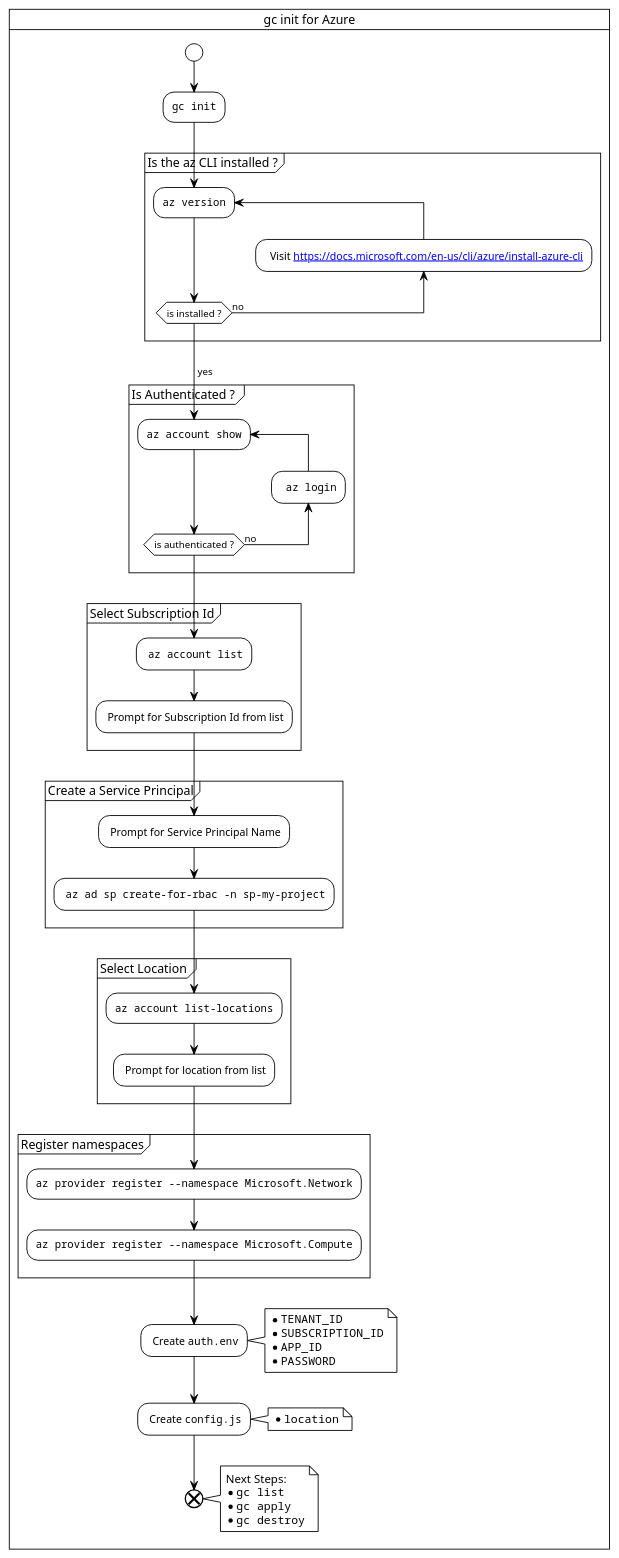
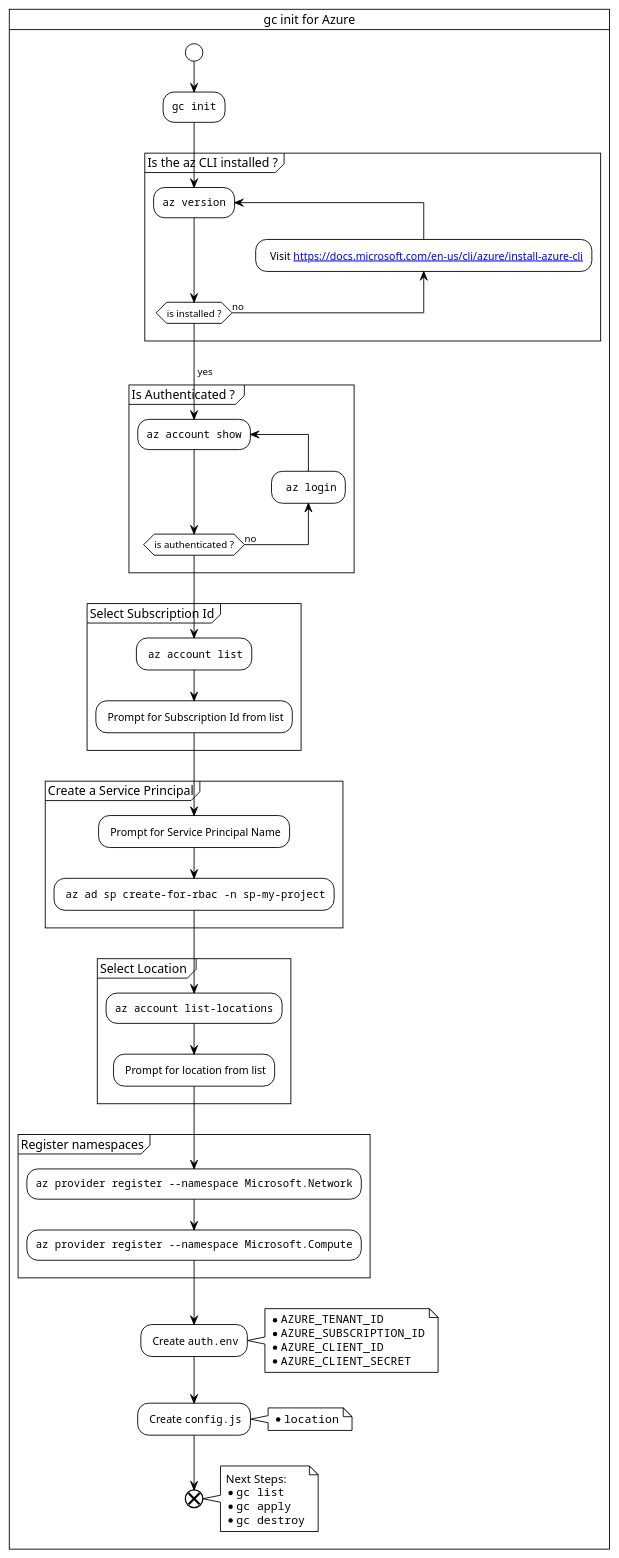
One commit to grucloud/grucloud changed the diagram in docusaurus/plantuml/gc-init-azure.puml. Above: the diagram before and after it, drawn with PlantUML. The commit also changed 4 other files, not shown here.

```diff
--- a/docusaurus/plantuml/gc-init-azure.puml
+++ b/docusaurus/plantuml/gc-init-azure.puml
@@ -1,70 +1,70 @@
 @startuml gc-init-azure
 !theme plain
 
 skinparam svgLinkTarget _blank
 
 card "gc init for Azure" {
 start
 
 :""gc init"";
 
 partition "Is the az CLI installed ?" {
 repeat :""az version"";
 backward:  Visit [[https://docs.microsoft.com/en-us/cli/azure/install-azure-cli]];
 repeat while (is installed ?) is (no) 
 ->yes;
 }
 
 partition "Is Authenticated ? " {
 
 repeat :""az account show"";
 backward:  ""az login"";
 repeat while (is authenticated ?) is (no) 
 
 }
 
 partition "Select Subscription Id" {
  
 : ""az account list"";
 : Prompt for Subscription Id from list;
 }
 
 partition "Create a Service Principal" {
 : Prompt for Service Principal Name;
 : ""az ad sp create-for-rbac -n sp-my-project"";
 }
 
 partition "Select Location " {
 :""az account list-locations"";
 : Prompt for location from list;
 }
 
 partition "Register namespaces" {
 :""az provider register --namespace Microsoft.Network"";
 :""az provider register --namespace Microsoft.Compute"";
 
 }
 
 : Create ""auth.env"";
 note right
-* ""TENANT_ID""
-* ""SUBSCRIPTION_ID""
-* ""APP_ID""
-* ""PASSWORD""
+* ""AZURE_TENANT_ID""
+* ""AZURE_SUBSCRIPTION_ID""
+* ""AZURE_CLIENT_ID""
+* ""AZURE_CLIENT_SECRET""
 end note 
 
 : Create ""config.js"";
 note right
 * ""location""
 end note 
 end
 
 note right
 Next Steps:
 * ""gc list""
 * ""gc apply""
 * ""gc destroy""
 end note 
 
 }
 @enduml
```
